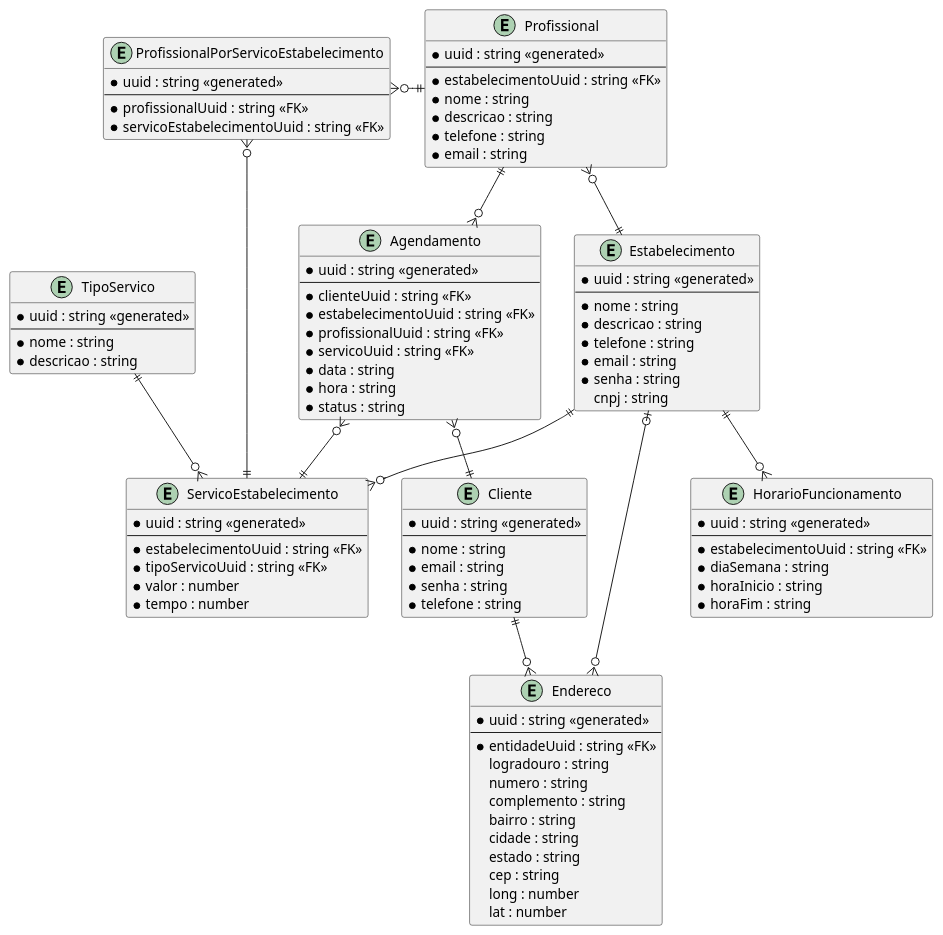
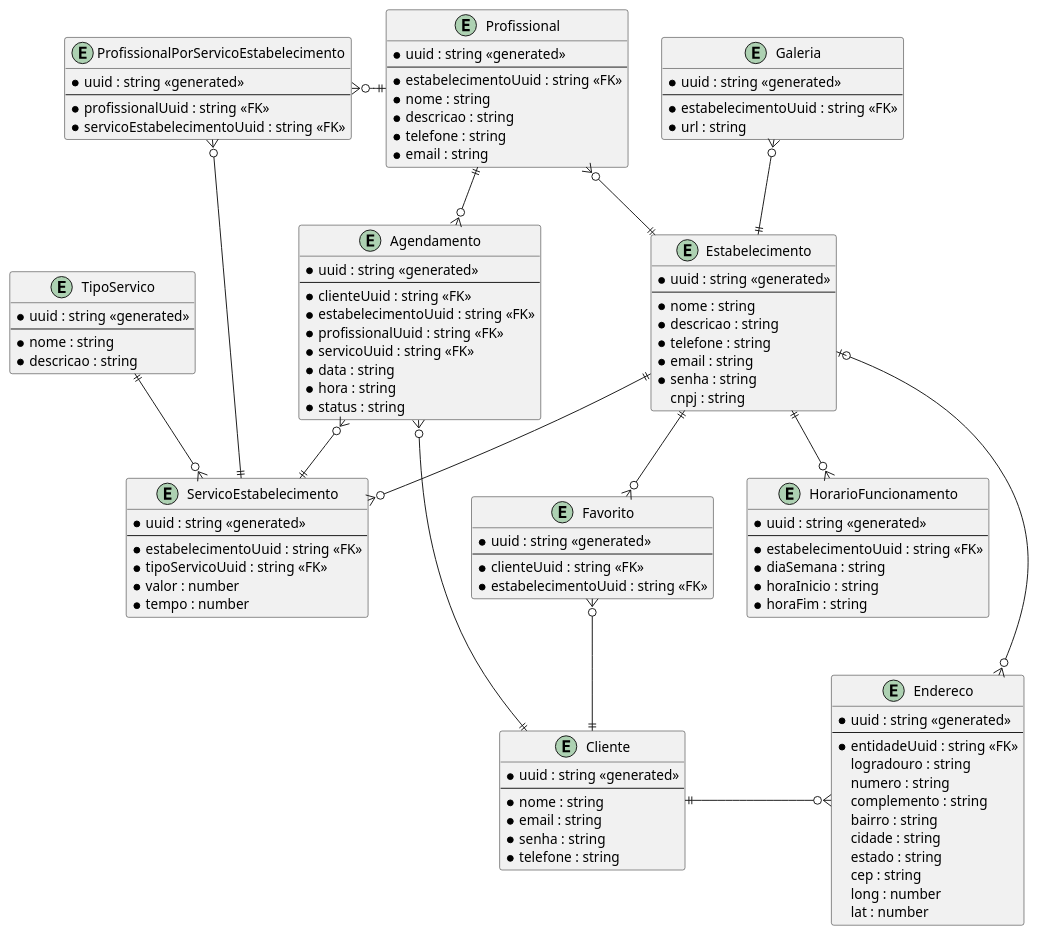
Before and after one commit to RenanLira-Aluno/projetoIntegrador-2: the diagram in modeloDeDados/modeloBD.puml, drawn with PlantUML.

Commit message:
update model db

```diff
--- a/modeloDeDados/modeloBD.puml
+++ b/modeloDeDados/modeloBD.puml
@@ -1,108 +1,124 @@
 @startuml BeatyOn
 
 
 entity Cliente {
     *uuid : string <<generated>>
     --
     *nome : string
     *email : string
     *senha : string
     *telefone : string
 }
 
 entity Endereco {
     *uuid : string <<generated>>
     --
     *entidadeUuid : string <<FK>>
     logradouro : string
     numero : string
     complemento : string
     bairro : string
     cidade : string
     estado : string
     cep : string
     long : number
     lat : number
 }
 
 entity Estabelecimento {
     *uuid : string <<generated>>
     --
     *nome : string
     *descricao : string
     *telefone : string
     *email : string
     *senha : string
     cnpj : string
 }
 
 entity TipoServico{
     *uuid : string <<generated>>
     --
     *nome : string
     *descricao : string
 }
 
 entity ServicoEstabelecimento{
     *uuid : string <<generated>>
     --
     *estabelecimentoUuid : string <<FK>>
     *tipoServicoUuid : string <<FK>>
     *valor : number
     *tempo : number
 }
 
 entity Agendamento{
     *uuid : string <<generated>>
     --
     *clienteUuid : string <<FK>>
     *estabelecimentoUuid : string <<FK>>
     *profissionalUuid : string <<FK>>
     *servicoUuid : string <<FK>>
     *data : string
     *hora : string
     *status : string
 }
 
 entity HorarioFuncionamento{
     *uuid : string <<generated>>
     --
     *estabelecimentoUuid : string <<FK>>
     *diaSemana : string
     *horaInicio : string
     *horaFim : string
 }
 
 entity Profissional{
     *uuid : string <<generated>>
     --
     *estabelecimentoUuid : string <<FK>>
     *nome : string
     *descricao : string
     *telefone : string
     *email : string
 }
 
 entity ProfissionalPorServicoEstabelecimento{
     *uuid : string <<generated>>
     --
     *profissionalUuid : string <<FK>>
     *servicoEstabelecimentoUuid : string <<FK>>
 }
 
+entity Favorito{
+    *uuid : string <<generated>>
+    --
+    *clienteUuid : string <<FK>>
+    *estabelecimentoUuid : string <<FK>>
+}
 
+entity Galeria {
+    *uuid : string <<generated>>
+    --
+    *estabelecimentoUuid : string <<FK>>
+    *url : string
+}
+
+Cliente ||-up-o{ Favorito
+Estabelecimento ||-down-o{ Favorito
+Estabelecimento ||-up-o{ Galeria
 Agendamento }o-up-|| Profissional
 Agendamento }o--|| ServicoEstabelecimento
 Agendamento }o--|| Cliente
-Estabelecimento |o--o{ Endereco
+Estabelecimento |o-down-o{ Endereco
 Estabelecimento ||-up-o{ Profissional
 Estabelecimento ||--o{ ServicoEstabelecimento
 
-Cliente ||--o{ Endereco
+Cliente ||-right-o{ Endereco
 TipoServico ||--o{ ServicoEstabelecimento
 Estabelecimento ||--o{ HorarioFuncionamento
 Profissional ||-left-o{ ProfissionalPorServicoEstabelecimento
 ServicoEstabelecimento ||--o{ ProfissionalPorServicoEstabelecimento
 
 
 @enduml
```
